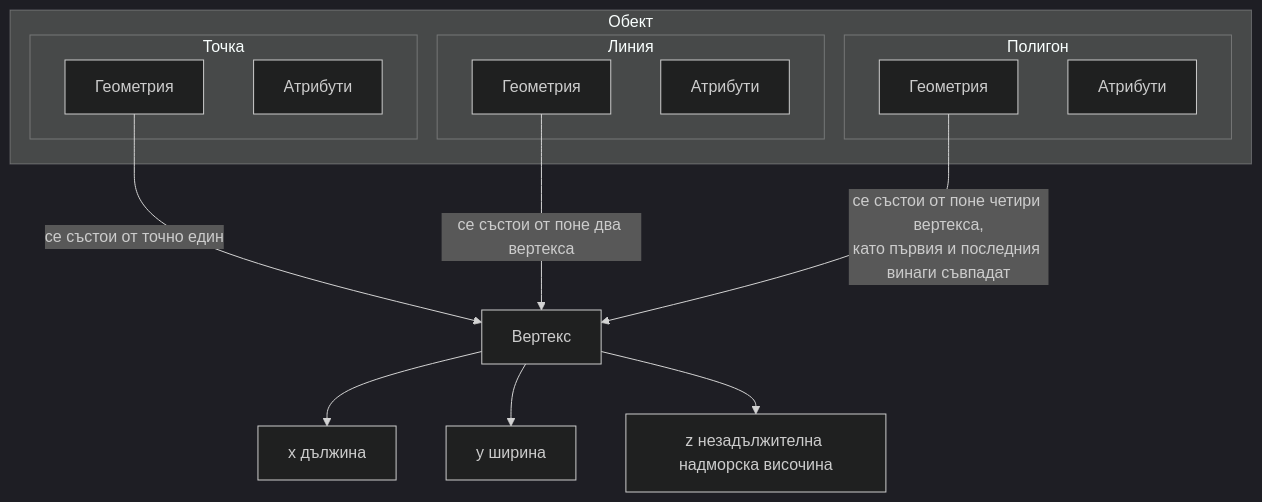
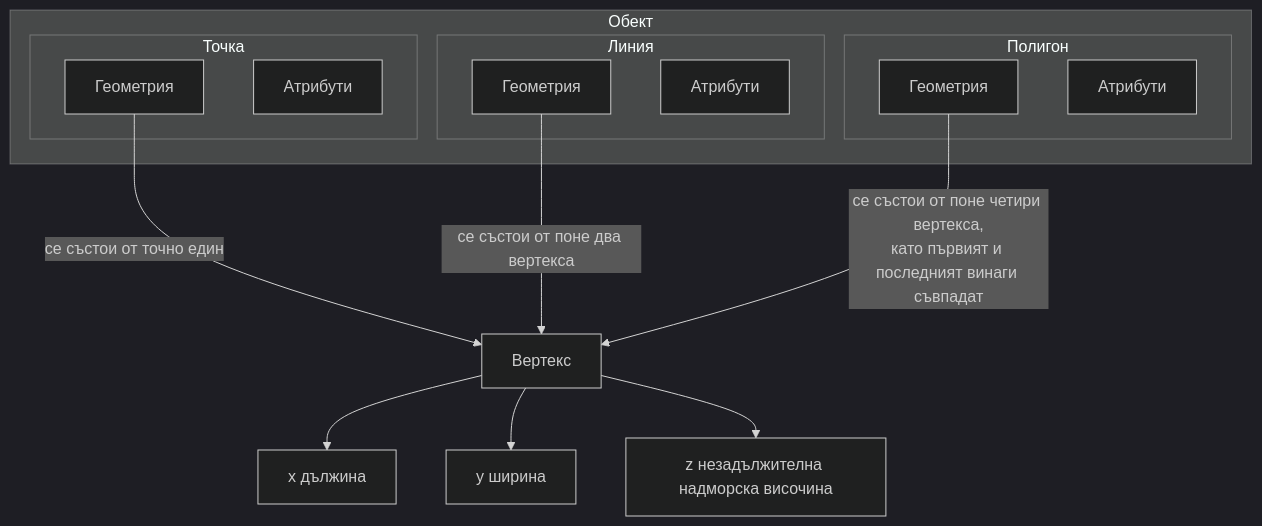
Before and after one commit to qgisbg/docs: the diagram in docs/gisintro/03_vector_data.md, drawn with Mermaid (dark theme). The commit also changed other lines of this file, not shown here.

````diff
--- a/docs/gisintro/03_vector_data.md
+++ b/docs/gisintro/03_vector_data.md
@@ -138,27 +139,27 @@
 ```mermaid
 graph TD
   subgraph Обект
     subgraph Точка
     point_geom[Геометрия]
     point_attr[Атрибути]
     end
     subgraph Линия
     line_geom[Геометрия]
     line_gattr[Атрибути]
     end
     subgraph Полигон
     poly_geom[Геометрия]
     poly_gattr[Атрибути]
     end
   end
   point_geom--се състои от точно един-->vertex
   line_geom--се състои от поне два вертекса-->vertex
-  poly_geom--се състои от поне четири вертекса,<br>като първия и последния винаги съвпадат-->vertex
+  poly_geom--се състои от поне четири вертекса,<br>като първият и последният винаги съвпадат-->vertex
   vertex[Вертекс]
   x[x дължина]
-  y[y ширина  ]
+  y[y ширина]
   z[z незадължителна надморска височина]
   vertex-->x
   vertex-->y
   vertex-->z
 ```
````
